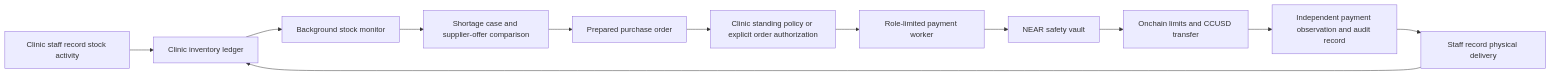
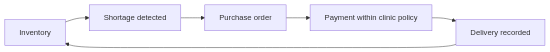
The diagram in README.md (0xNana/carecart), drawn with Mermaid before and after one commit. The commit also changed other lines of this file and 1 other file, not shown here.

````diff
--- a/README.md
+++ b/README.md
@@ -38,14 +23,8 @@
 ```mermaid
 flowchart LR
-  A[Clinic staff record stock activity] --> B[Clinic inventory ledger]
-  B --> C[Background stock monitor]
-  C --> D[Shortage case and supplier-offer comparison]
-  D --> E[Prepared purchase order]
-  E --> F[Clinic standing policy or explicit order authorization]
-  F --> G[Role-limited payment worker]
-  G --> H[NEAR safety vault]
-  H --> I[Onchain limits and CCUSD transfer]
-  I --> J[Independent payment observation and audit record]
-  J --> K[Staff record physical delivery]
-  K --> B
+    A[Inventory] --> B[Shortage detected]
+    B --> C[Purchase order]
+    C --> D[Payment within clinic policy]
+    D --> E[Delivery recorded]
+    E --> A
 ```
````
